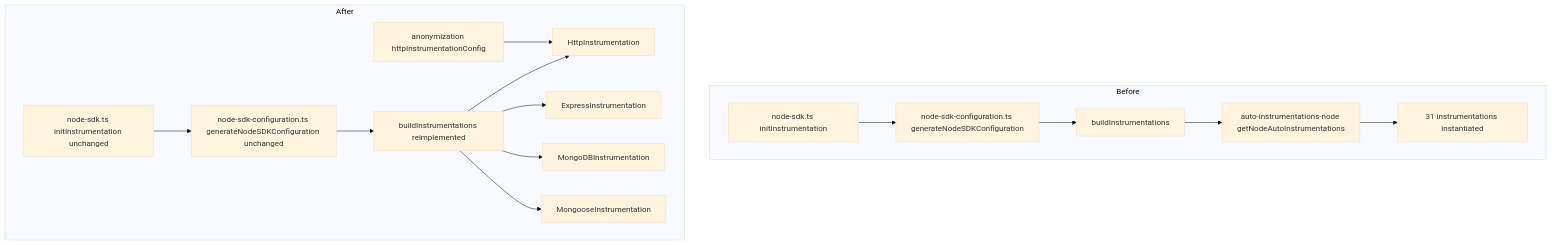
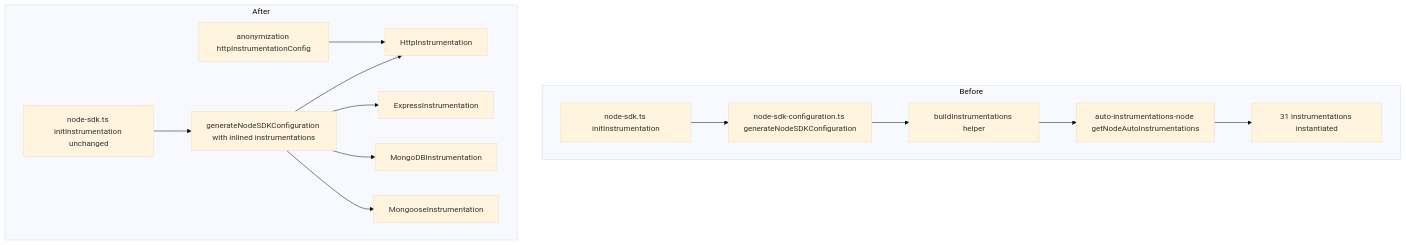
One commit to growilabs/growi changed the first of 2 diagrams in .kiro/specs/otel-direct-import/design.md. Above: the diagram before and after it, drawn with Mermaid (base theme). The commit also changed other lines of this file and 3 other files, not shown here.

First line of the commit message:
docs(otel-direct-import): align spec with inlined direct-import implementation

````diff
--- a/.kiro/specs/otel-direct-import/design.md
+++ b/.kiro/specs/otel-direct-import/design.md
@@ -84,31 +83,29 @@
 ```mermaid
 graph TB
     subgraph Before
         nodeSdkBefore[node-sdk.ts initInstrumentation]
         configBefore[node-sdk-configuration.ts generateNodeSDKConfiguration]
-        buildBefore[buildInstrumentations]
+        buildBefore[buildInstrumentations helper]
         autoInstr[auto-instrumentations-node getNodeAutoInstrumentations]
         thirtyOne[31 instrumentations instantiated]
         nodeSdkBefore --> configBefore
         configBefore --> buildBefore
         buildBefore --> autoInstr
         autoInstr --> thirtyOne
     end
     subgraph After
         nodeSdkAfter[node-sdk.ts initInstrumentation unchanged]
-        configAfter[node-sdk-configuration.ts generateNodeSDKConfiguration unchanged]
-        buildAfter[buildInstrumentations reimplemented]
+        configAfter[generateNodeSDKConfiguration with inlined instrumentations]
         httpDirect[HttpInstrumentation]
         expressDirect[ExpressInstrumentation]
         mongodbDirect[MongoDBInstrumentation]
         mongooseDirect[MongooseInstrumentation]
         anonymize[anonymization httpInstrumentationConfig]
         nodeSdkAfter --> configAfter
-        configAfter --> buildAfter
-        buildAfter --> httpDirect
-        buildAfter --> expressDirect
-        buildAfter --> mongodbDirect
-        buildAfter --> mongooseDirect
+        configAfter --> httpDirect
+        configAfter --> expressDirect
+        configAfter --> mongodbDirect
+        configAfter --> mongooseDirect
         anonymize --> httpDirect
     end
 ```
````
